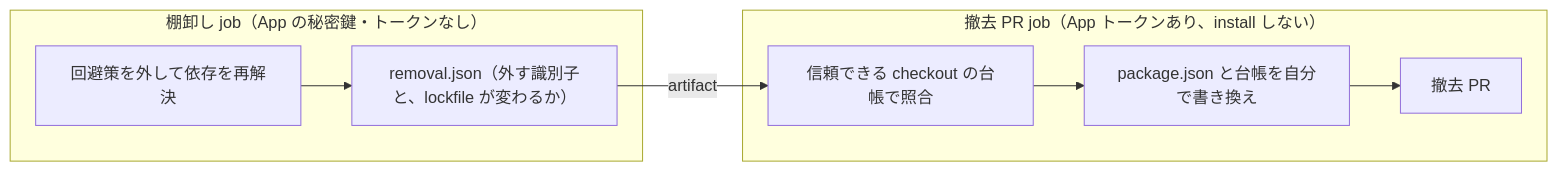
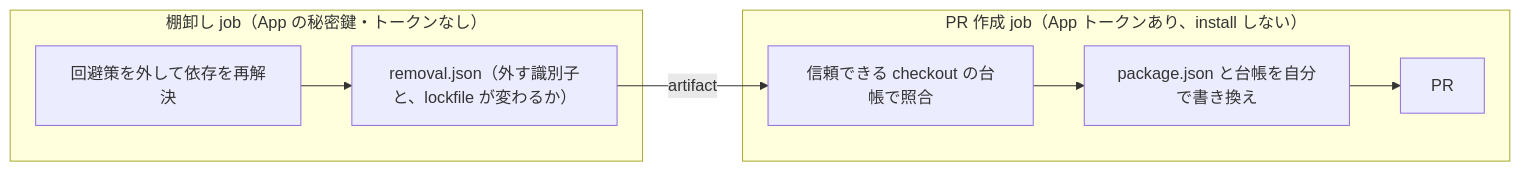
Before and after one commit to kmryst/zenn-articles: the first of 2 diagrams in articles/dependabot-ignore-overrides-removal-pr.md, drawn with Mermaid. The commit also changed other lines of this file, not shown here.

````diff
--- a/articles/dependabot-ignore-overrides-removal-pr.md
+++ b/articles/dependabot-ignore-overrides-removal-pr.md
@@ -99,10 +99,10 @@
 ```mermaid
 flowchart LR
   subgraph probe["棚卸し job（App の秘密鍵・トークンなし）"]
     A[回避策を外して依存を再解決] --> B["removal.json（外す識別子と、lockfile が変わるか）"]
   end
-  subgraph pr["撤去 PR job（App トークンあり、install しない）"]
-    C[信頼できる checkout の台帳で照合] --> D[package.json と台帳を自分で書き換え] --> E[撤去 PR]
+  subgraph pr["PR 作成 job（App トークンあり、install しない）"]
+    C[信頼できる checkout の台帳で照合] --> D[package.json と台帳を自分で書き換え] --> E[PR]
   end
   B -- artifact --> C
 ```
````
